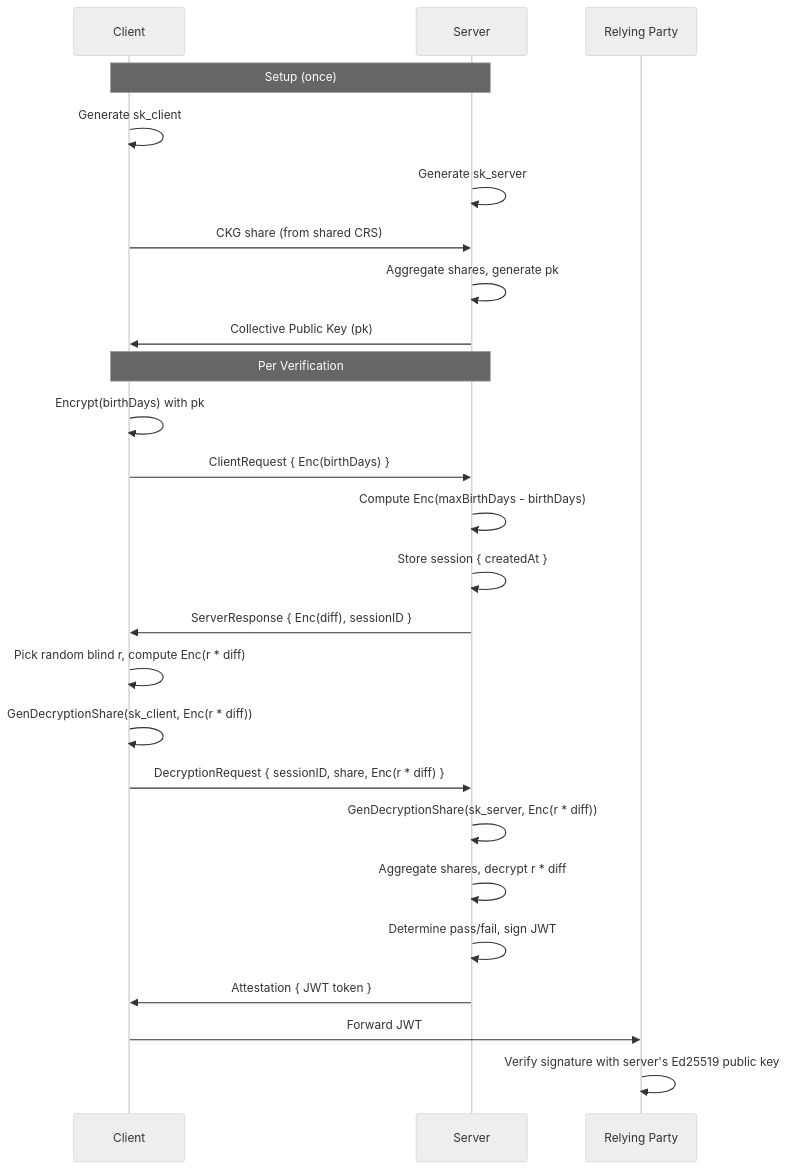
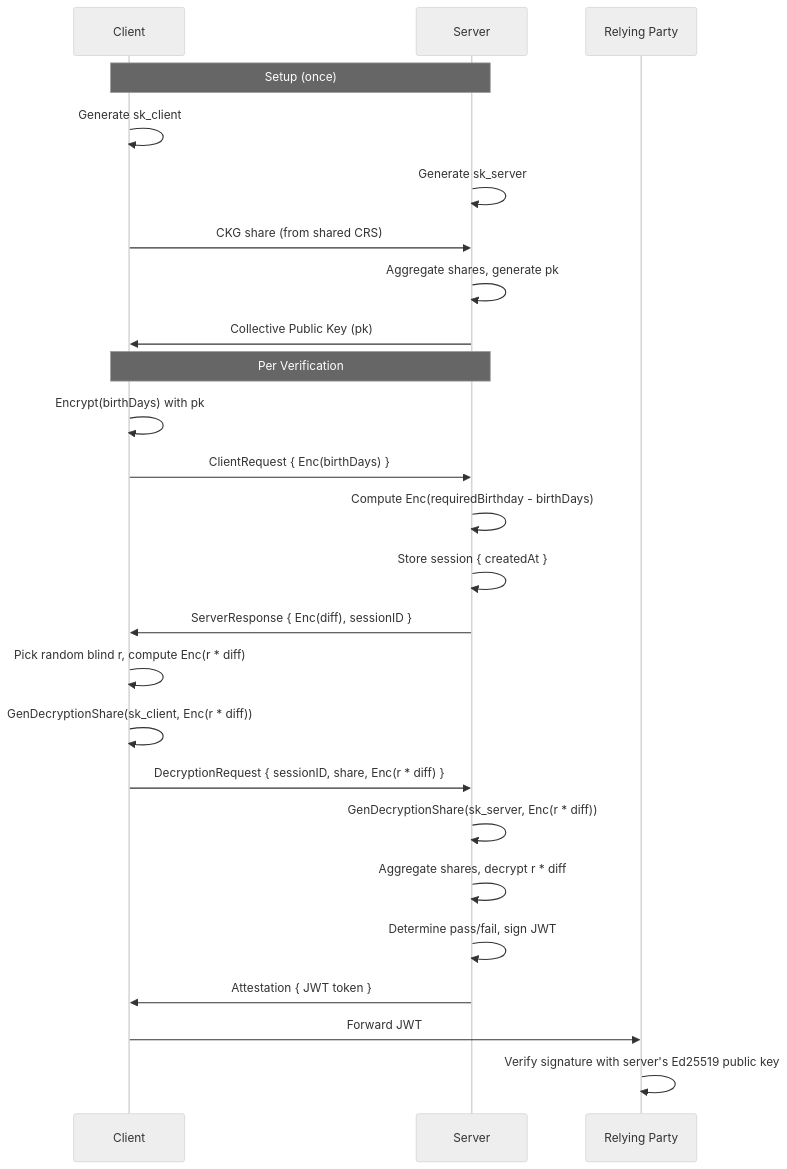
One commit to AndersNS/homomorphic-age-verification changed the diagram in README.md. Above: the diagram before and after it, drawn with Mermaid (neutral theme). The commit also changed other lines of this file and 8 other files, not shown here.

````diff
--- a/README.md
+++ b/README.md
@@ -11,30 +11,30 @@
 ```mermaid
 sequenceDiagram
     participant C as Client
     participant S as Server
     participant RP as Relying Party
 
     note over C, S: Setup (once)
     C->>C: Generate sk_client
     S->>S: Generate sk_server
     C->>S: CKG share (from shared CRS)
     S->>S: Aggregate shares, generate pk
     S->>C: Collective Public Key (pk)
 
     note over C, S: Per Verification
     C->>C: Encrypt(birthDays) with pk
     C->>S: ClientRequest { Enc(birthDays) }
-    S->>S: Compute Enc(maxBirthDays - birthDays)
+    S->>S: Compute Enc(requiredBirthday - birthDays)
     S->>S: Store session { createdAt }
     S->>C: ServerResponse { Enc(diff), sessionID }
     C->>C: Pick random blind r, compute Enc(r * diff)
     C->>C: GenDecryptionShare(sk_client, Enc(r * diff))
     C->>S: DecryptionRequest { sessionID, share, Enc(r * diff) }
     S->>S: GenDecryptionShare(sk_server, Enc(r * diff))
     S->>S: Aggregate shares, decrypt r * diff
     S->>S: Determine pass/fail, sign JWT
     S->>C: Attestation { JWT token }
 
     C->>RP: Forward JWT
     RP->>RP: Verify signature with server's Ed25519 public key
 ```
````
